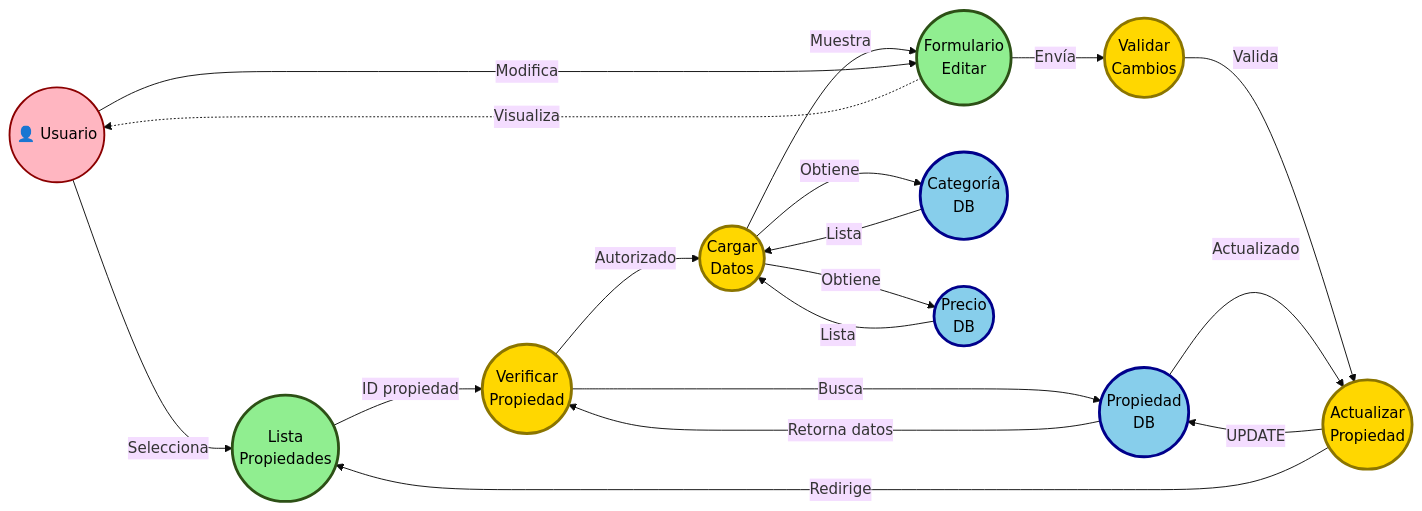
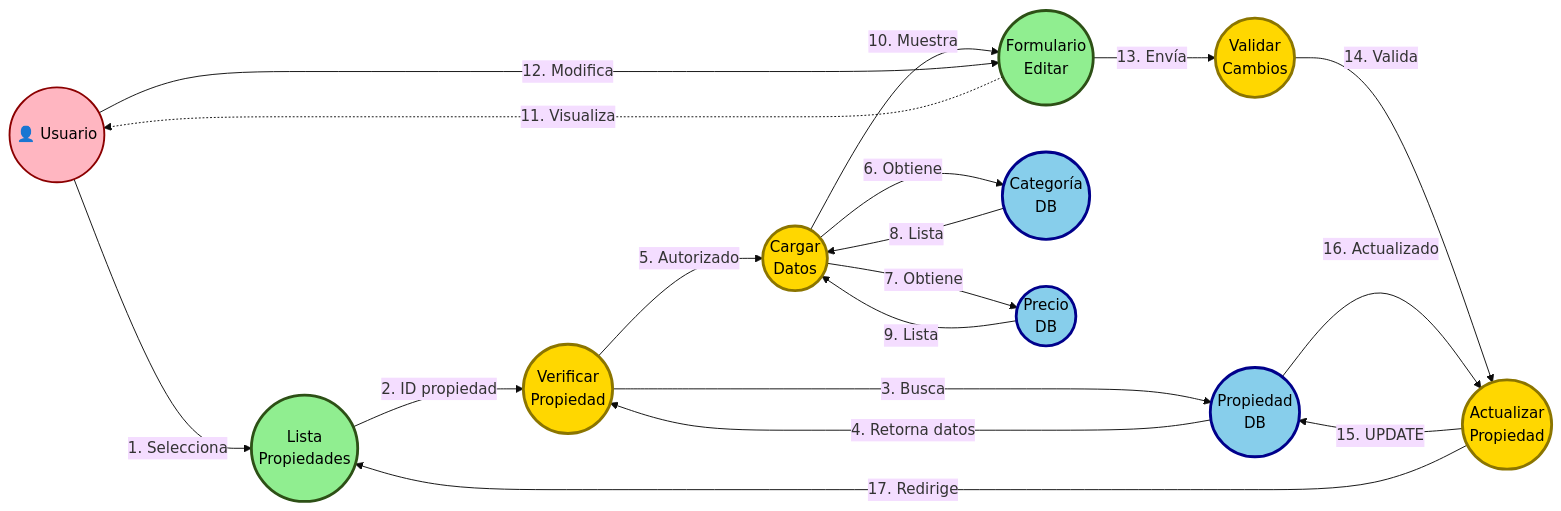
The fourth of 5 diagrams in diagrama-robustez-uml.md (cgala/TFI_HybridParking), drawn with Mermaid (base theme) before and after one commit. The commit also changed other lines of this file, not shown here.

First line of the commit message:
Fix: Restaurar numeración secuencial en flechas de diagramas de robustez

````diff
--- a/diagrama-robustez-uml.md
+++ b/diagrama-robustez-uml.md
@@ -216,47 +216,47 @@
 ```mermaid
 graph LR
     Actor((👤 Usuario))
 
     %% BOUNDARIES
     B1((Lista<br/>Propiedades))
     B2((Formulario<br/>Editar))
 
     %% CONTROLS
     C1((Verificar<br/>Propiedad))
     C2((Cargar<br/>Datos))
     C3((Validar<br/>Cambios))
     C4((Actualizar<br/>Propiedad))
 
     %% ENTITIES
     E1((Propiedad<br/>DB))
     E2((Categoría<br/>DB))
     E3((Precio<br/>DB))
 
-    Actor -->|Selecciona| B1
-    B1 -->|ID propiedad| C1
-    C1 -->|Busca| E1
-    E1 -->|Retorna datos| C1
-    C1 -->|Autorizado| C2
-    C2 -->|Obtiene| E2
-    C2 -->|Obtiene| E3
-    E2 -->|Lista| C2
-    E3 -->|Lista| C2
-    C2 -->|Muestra| B2
-    B2 -.->|Visualiza| Actor
-    Actor -->|Modifica| B2
-    B2 -->|Envía| C3
-    C3 -->|Valida| C4
-    C4 -->|UPDATE| E1
-    E1 -->|Actualizado| C4
-    C4 -->|Redirige| B1
+    Actor -->|1. Selecciona| B1
+    B1 -->|2. ID propiedad| C1
+    C1 -->|3. Busca| E1
+    E1 -->|4. Retorna datos| C1
+    C1 -->|5. Autorizado| C2
+    C2 -->|6. Obtiene| E2
+    C2 -->|7. Obtiene| E3
+    E2 -->|8. Lista| C2
+    E3 -->|9. Lista| C2
+    C2 -->|10. Muestra| B2
+    B2 -.->|11. Visualiza| Actor
+    Actor -->|12. Modifica| B2
+    B2 -->|13. Envía| C3
+    C3 -->|14. Valida| C4
+    C4 -->|15. UPDATE| E1
+    E1 -->|16. Actualizado| C4
+    C4 -->|17. Redirige| B1
 
     classDef boundary fill:#90EE90,stroke:#2d5016,stroke-width:3px,color:#000
     classDef control fill:#FFD700,stroke:#8B7500,stroke-width:3px,color:#000
     classDef entity fill:#87CEEB,stroke:#00008B,stroke-width:3px,color:#000
     classDef actor fill:#FFB6C1,stroke:#8B0000,stroke-width:2px,color:#000
 
     class B1,B2 boundary
     class C1,C2,C3,C4 control
     class E1,E2,E3 entity
     class Actor actor
 ```
````
